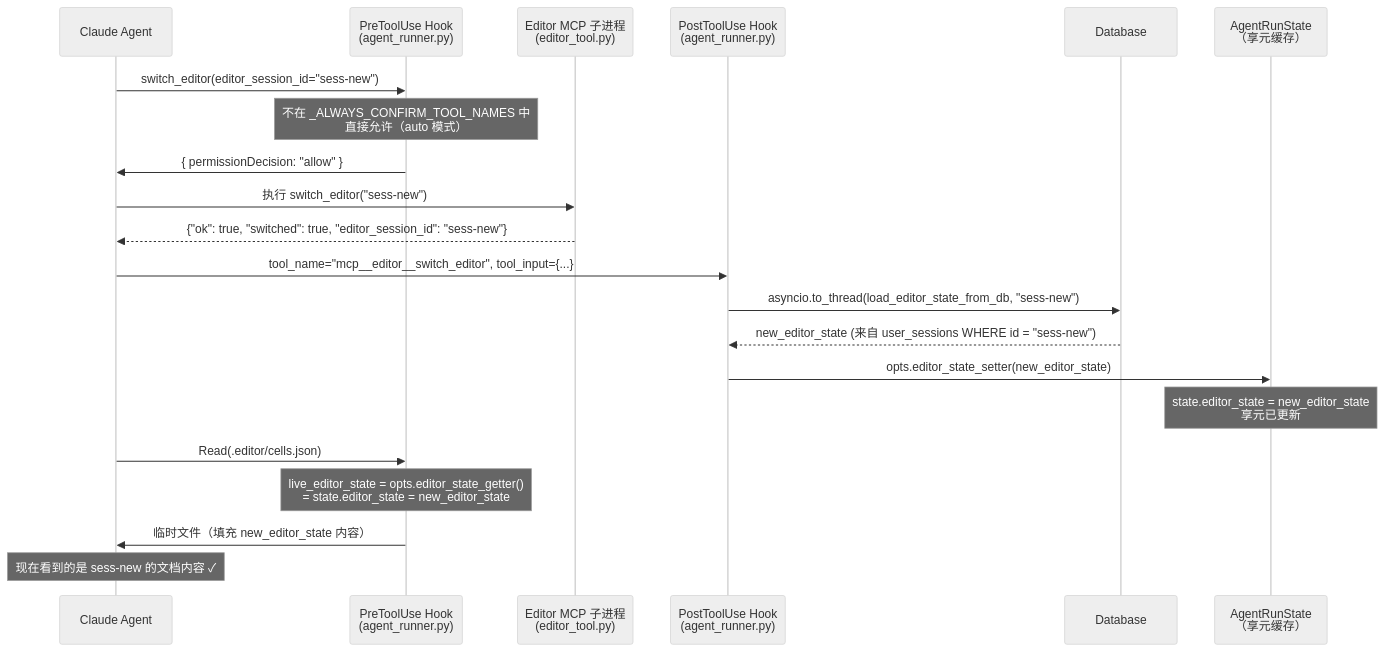
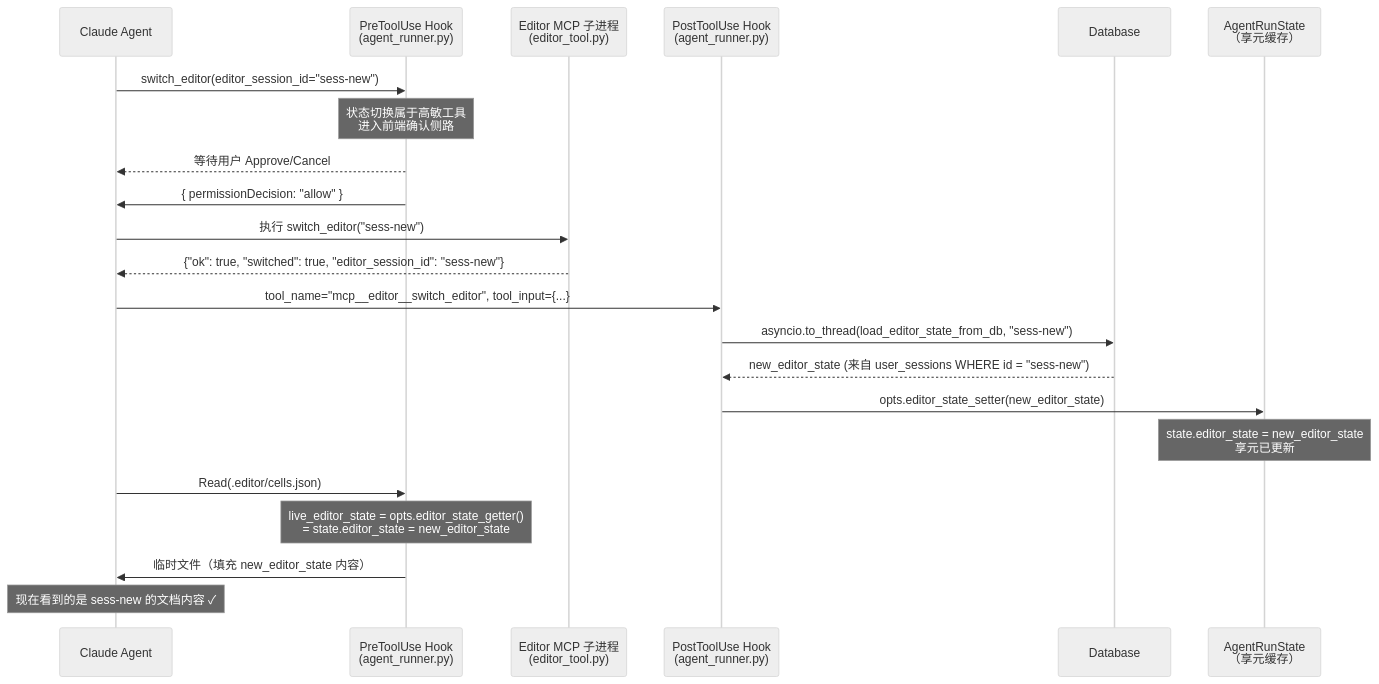
Before and after one commit to glide-the/im-dream: the diagram in docs/design/claude-agent/edit-point/workspace-switch.md, drawn with Mermaid (neutral theme). The commit also changed other lines of this file and 16 other files, not shown here.

First line of the commit message:
feat: enhance tool confirmation flow in auto mode

````diff
--- a/docs/design/claude-agent/edit-point/workspace-switch.md
+++ b/docs/design/claude-agent/edit-point/workspace-switch.md
@@ -185,27 +186,28 @@
 ```mermaid
 sequenceDiagram
     participant Agent as Claude Agent
     participant PreHook as PreToolUse Hook<br/>(agent_runner.py)
     participant MCP as Editor MCP 子进程<br/>(editor_tool.py)
     participant PostHook as PostToolUse Hook<br/>(agent_runner.py)
     participant DB as Database
     participant State as AgentRunState<br/>（享元缓存）
 
     Agent->>PreHook: switch_editor(editor_session_id="sess-new")
-    Note over PreHook: 不在 _ALWAYS_CONFIRM_TOOL_NAMES 中<br/>直接允许（auto 模式）
+    Note over PreHook: 状态切换属于高敏工具<br/>进入前端确认侧路
+    PreHook-->>Agent: 等待用户 Approve/Cancel
     PreHook->>Agent: { permissionDecision: "allow" }
 
     Agent->>MCP: 执行 switch_editor("sess-new")
     MCP-->>Agent: {"ok": true, "switched": true, "editor_session_id": "sess-new"}
 
     Agent->>PostHook: tool_name="mcp__editor__switch_editor", tool_input={...}
     PostHook->>DB: asyncio.to_thread(load_editor_state_from_db, "sess-new")
     DB-->>PostHook: new_editor_state (来自 user_sessions WHERE id = "sess-new")
     PostHook->>State: opts.editor_state_setter(new_editor_state)
     Note over State: state.editor_state = new_editor_state<br/>享元已更新
 
     Agent->>PreHook: Read(.editor/cells.json)
     Note over PreHook: live_editor_state = opts.editor_state_getter()<br/>= state.editor_state = new_editor_state
     PreHook->>Agent: 临时文件（填充 new_editor_state 内容）
     Note over Agent: 现在看到的是 sess-new 的文档内容 ✓
 ```
````
